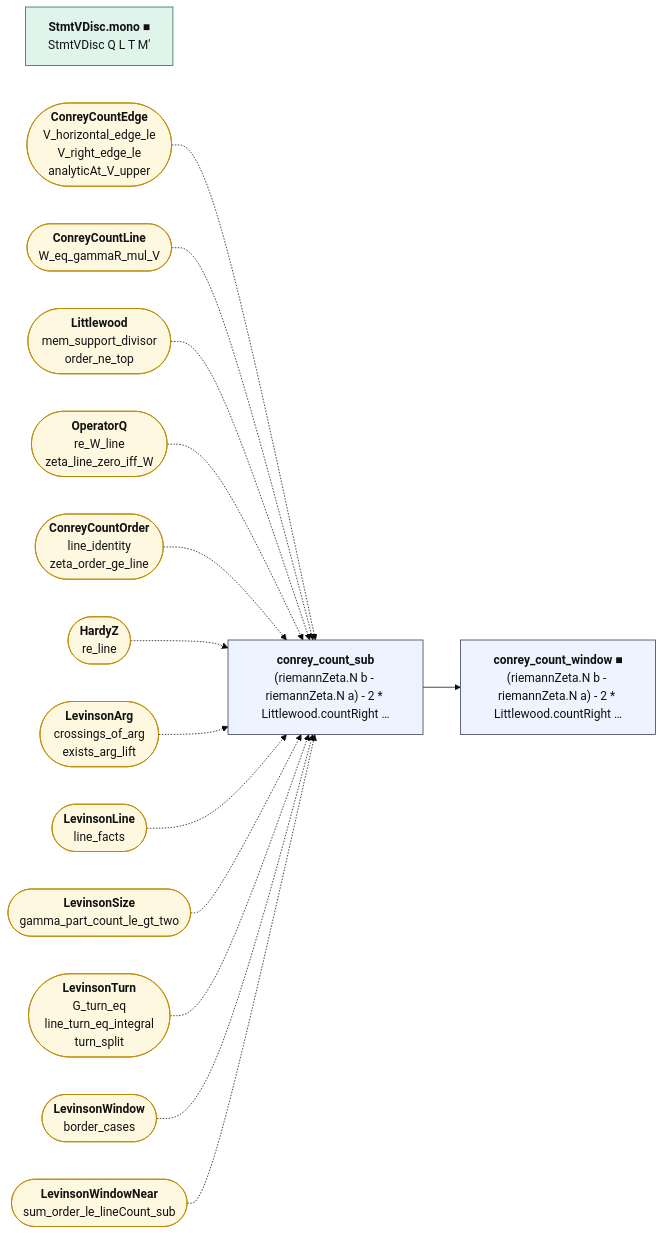
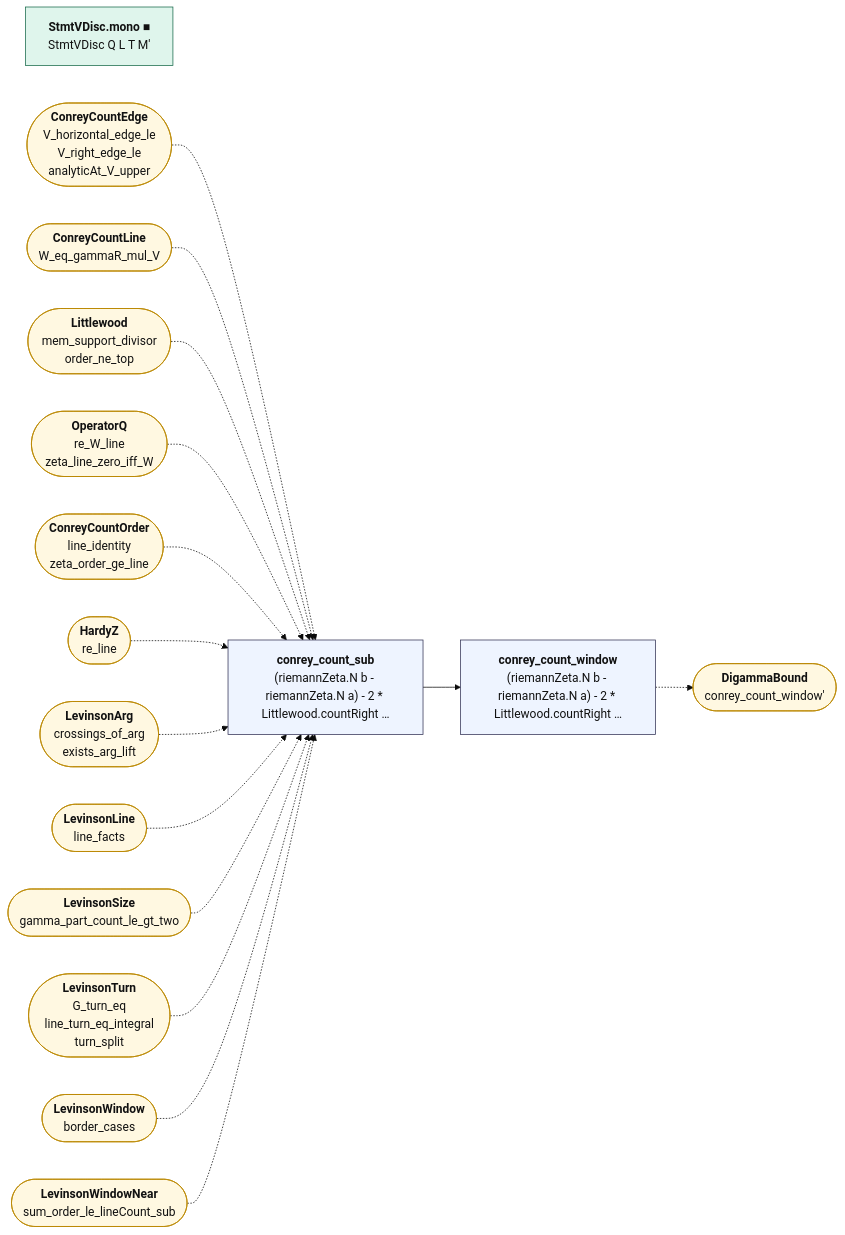
One commit to juliansambranojr/Primebeat_081426 changed the diagram in map/lean_stage3/ConreyCount.mmd. Above: the diagram before and after it, drawn with Mermaid (base theme). The commit also changed 28 other files, not shown here.

```diff
--- a/map/lean_stage3/ConreyCount.mmd
+++ b/map/lean_stage3/ConreyCount.mmd
@@ -1,37 +1,39 @@
 flowchart LR
   n0["<b>conrey_count_sub</b><br/>(riemannZeta.N b - riemannZeta.N a) - 2 * Littlewood.countRight …"]:::thm
   n1["<b>StmtVDisc.mono ■</b><br/>StmtVDisc Q L T M'"]:::cnt
-  n2["<b>conrey_count_window ■</b><br/>(riemannZeta.N b - riemannZeta.N a) - 2 * Littlewood.countRight …"]:::thm
+  n2["<b>conrey_count_window</b><br/>(riemannZeta.N b - riemannZeta.N a) - 2 * Littlewood.countRight …"]:::thm
   x0(["<b>ConreyCountEdge</b><br/>V_horizontal_edge_le<br/>V_right_edge_le<br/>analyticAt_V_upper"]):::ext
   x1(["<b>ConreyCountLine</b><br/>W_eq_gammaR_mul_V"]):::ext
   x2(["<b>ConreyCountOrder</b><br/>line_identity<br/>zeta_order_ge_line"]):::ext
   x3(["<b>HardyZ</b><br/>re_line"]):::ext
   x4(["<b>LevinsonArg</b><br/>crossings_of_arg<br/>exists_arg_lift"]):::ext
   x5(["<b>LevinsonLine</b><br/>line_facts"]):::ext
   x6(["<b>LevinsonSize</b><br/>gamma_part_count_le_gt_two"]):::ext
   x7(["<b>LevinsonTurn</b><br/>G_turn_eq<br/>line_turn_eq_integral<br/>turn_split"]):::ext
   x8(["<b>LevinsonWindow</b><br/>border_cases"]):::ext
   x9(["<b>LevinsonWindowNear</b><br/>sum_order_le_lineCount_sub"]):::ext
   x10(["<b>Littlewood</b><br/>mem_support_divisor<br/>order_ne_top"]):::ext
   x11(["<b>OperatorQ</b><br/>re_W_line<br/>zeta_line_zero_iff_W"]):::ext
+  x12(["<b>DigammaBound</b><br/>conrey_count_window'"]):::ext
   n0 --> n2
+  n2 -.-> x12
   x0 -.-> n0
   x1 -.-> n0
   x10 -.-> n0
   x11 -.-> n0
   x2 -.-> n0
   x3 -.-> n0
   x4 -.-> n0
   x5 -.-> n0
   x6 -.-> n0
   x7 -.-> n0
   x8 -.-> n0
   x9 -.-> n0
   classDef cnt fill:#dff5ec,stroke:#17694a,color:#111
   classDef shp fill:#f1ecfb,stroke:#5b3fa0,color:#111
   classDef rh fill:#ffe5e5,stroke:#c22,color:#111,stroke-width:2px
   classDef thm fill:#eef4ff,stroke:#335,color:#111
   classDef end_ fill:#e7f7e7,stroke:#2a7,color:#111,stroke-width:2px
   classDef lone fill:#fff,stroke:#999,color:#111,stroke-dasharray:4 3
   classDef bad fill:#ffe5e5,stroke:#c22,color:#111,stroke-width:2px
   classDef ext fill:#fff8e1,stroke:#b80,color:#111
```
